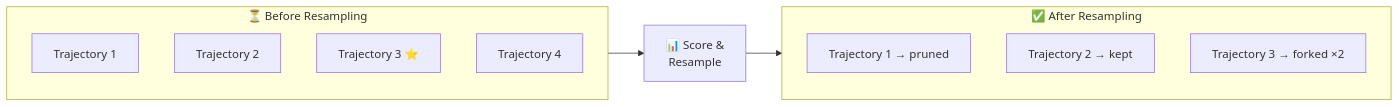
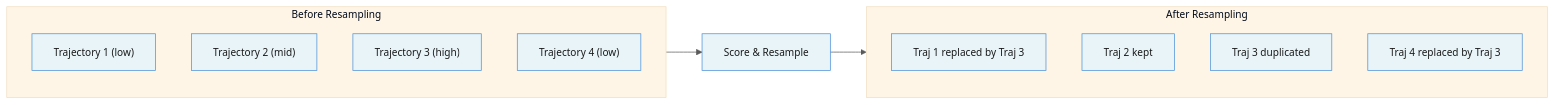
Before and after one commit to georgosgeorgos/minimal-agora: the third of 6 diagrams in README.md, drawn with Mermaid. The commit also changed other lines of this file and 1 other file, not shown here.

First line of the commit message:
Improve Mermaid diagram readability: light theme, clean labels

````diff
--- a/README.md
+++ b/README.md
@@ -86,19 +88,21 @@
 ```mermaid
+%%{init: {'theme': 'base', 'themeVariables': {'primaryColor': '#e8f4f8', 'primaryTextColor': '#1a1a1a', 'primaryBorderColor': '#4a90d9', 'lineColor': '#5a5a5a', 'secondaryColor': '#f0f7e8', 'tertiaryColor': '#fff5e6', 'fontSize': '14px'}}}%%
 flowchart LR
-    subgraph Before["⏳ Before Resampling"]
-        T1["Trajectory 1"]
-        T2["Trajectory 2"]
-        T3["Trajectory 3 ⭐"]
-        T4["Trajectory 4"]
+    subgraph Before["Before Resampling"]
+        T1["Trajectory 1 (low)"]
+        T2["Trajectory 2 (mid)"]
+        T3["Trajectory 3 (high)"]
+        T4["Trajectory 4 (low)"]
     end
 
-    Before --> SC["📊 Score &\nResample"]
+    Before --> SC["Score & Resample"]
 
-    subgraph After["✅ After Resampling"]
-        R1["Trajectory 1 → pruned"]
-        R2["Trajectory 2 → kept"]
-        R3["Trajectory 3 → forked ×2"]
+    subgraph After["After Resampling"]
+        R1["Traj 1 replaced by Traj 3"]
+        R2["Traj 2 kept"]
+        R3["Traj 3 duplicated"]
+        R4["Traj 4 replaced by Traj 3"]
     end
 
     SC --> After
 ```
````
